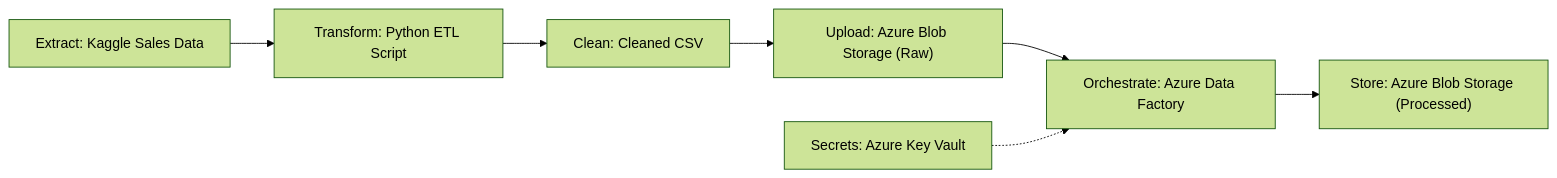
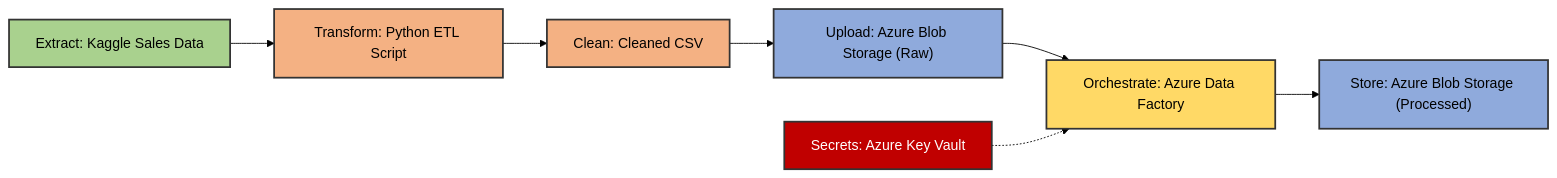
Before and after one commit to alexvidi/Azure-ETL-Project-Terraform-GitHubActions: the diagram in README.md, drawn with Mermaid (forest theme).

Commit message:
mermaid fixed

````diff
--- a/README.md
+++ b/README.md
@@ -44,17 +44,26 @@
 ```mermaid
 flowchart LR
-    A[Extract: Kaggle Sales Data]
-    B[Transform: Python ETL Script]
-    C[Clean: Cleaned CSV]
-    D["Upload: Azure Blob Storage (Raw)"]
-    E["Orchestrate: Azure Data Factory"]
-    F["Store: Azure Blob Storage (Processed)"]
-    G["Secrets: Azure Key Vault"]
+    %% Define styles for different node types
+    classDef extract fill:#a9d18e,stroke:#333,stroke-width:2px;
+    classDef transform fill:#f4b183,stroke:#333,stroke-width:2px;
+    classDef storage fill:#8faadc,stroke:#333,stroke-width:2px;
+    classDef orchestrate fill:#ffd966,stroke:#333,stroke-width:2px;
+    classDef secrets fill:#c00000,stroke:#333,stroke-width:2px,color:#fff;
 
+    %% Assign classes to nodes
+    A[Extract: Kaggle Sales Data]:::extract
+    B[Transform: Python ETL Script]:::transform
+    C[Clean: Cleaned CSV]:::transform
+    D["Upload: Azure Blob Storage (Raw)"]:::storage
+    E["Orchestrate: Azure Data Factory"]:::orchestrate
+    F["Store: Azure Blob Storage (Processed)"]:::storage
+    G["Secrets: Azure Key Vault"]:::secrets
+
+    %% Define the flow
     A --> B
     B --> C
     C --> D
     D --> E
     G -.-> E
     E --> F
 ```
````
